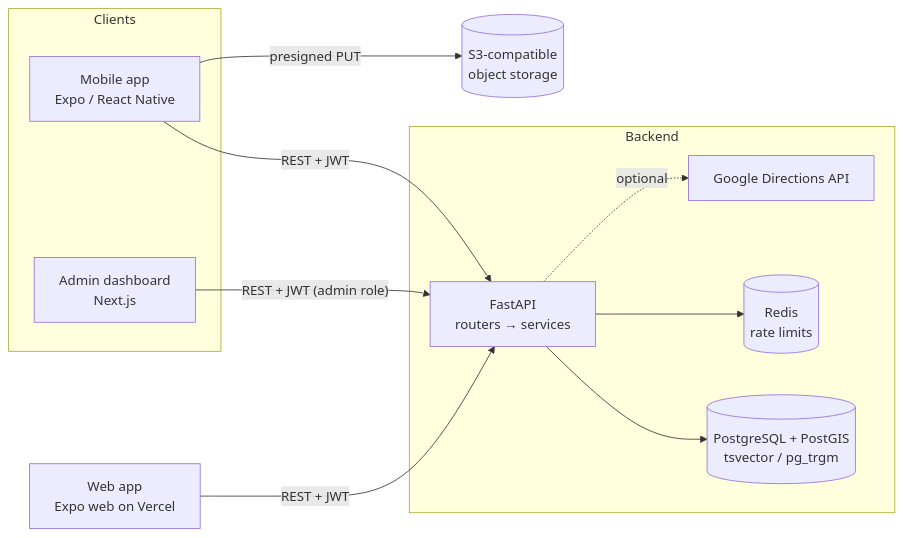
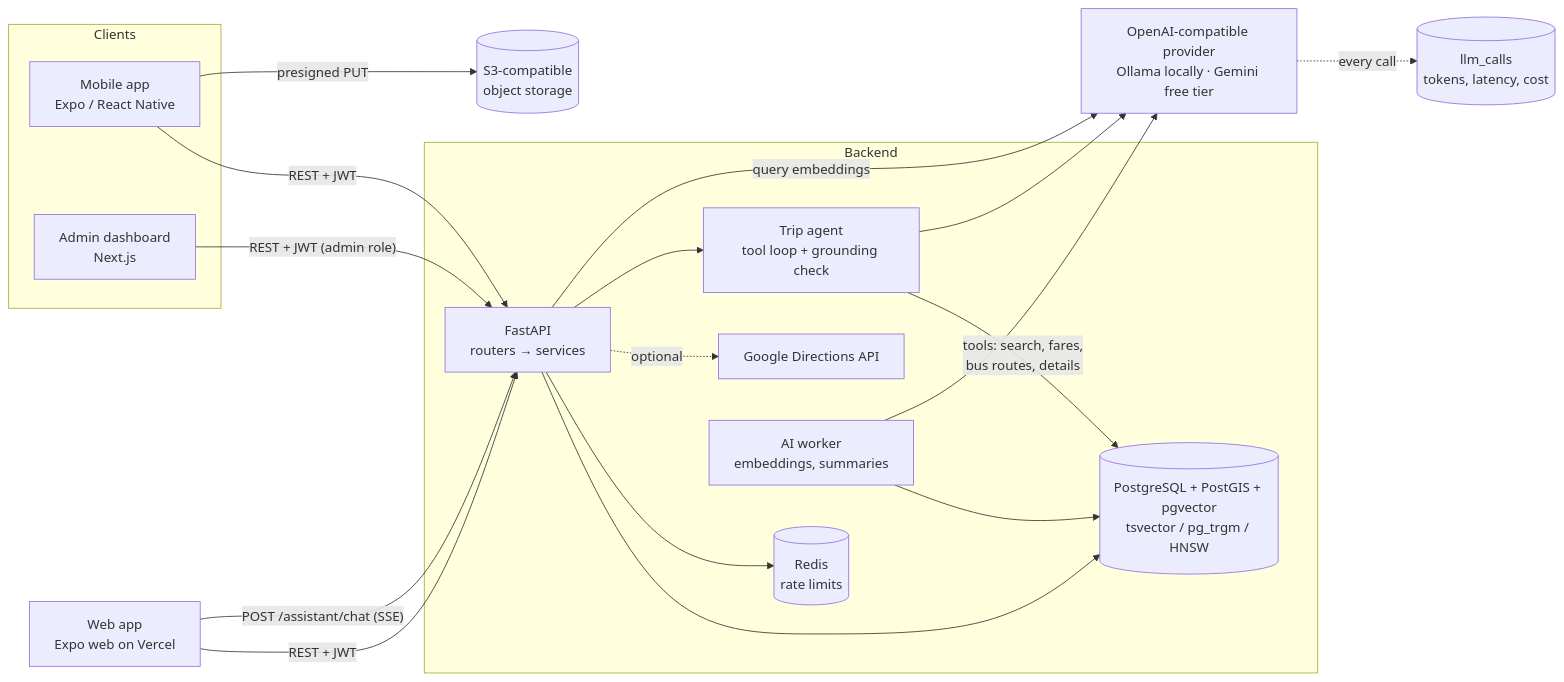
The diagram in README.md (MadLad10/Pinstagram), drawn with Mermaid before and after one commit. The commit also changed other lines of this file and 11 other files, not shown here.

First line of the commit message:
feat(ai): offline/real eval harness for hybrid search and the trip agent

````diff
--- a/README.md
+++ b/README.md
@@ -45,17 +57,26 @@
 ```mermaid
 flowchart LR
     subgraph Clients
         M[Mobile app<br/>Expo / React Native]
         A[Admin dashboard<br/>Next.js]
     end
     M -- REST + JWT --> API
     W[Web app<br/>Expo web on Vercel] -- REST + JWT --> API
     A -- REST + JWT (admin role) --> API
     M -- presigned PUT --> S3[(S3-compatible<br/>object storage)]
+    W -- "POST /assistant/chat (SSE)" --> API
     subgraph Backend
         API[FastAPI<br/>routers → services]
-        API --> PG[(PostgreSQL + PostGIS<br/>tsvector / pg_trgm)]
+        API --> PG[(PostgreSQL + PostGIS + pgvector<br/>tsvector / pg_trgm / HNSW)]
         API --> R[(Redis<br/>rate limits)]
         API -. optional .-> G[Google Directions API]
+        API --> AGENT[Trip agent<br/>tool loop + grounding check]
+        AGENT -- tools: search, fares,<br/>bus routes, details --> PG
+        WK[AI worker<br/>embeddings, summaries] --> PG
     end
+    AGENT --> LLM
+    WK --> LLM
+    API -- query embeddings --> LLM
+    LLM[OpenAI-compatible provider<br/>Ollama locally · Gemini free tier]
+    LLM -. every call .-> LOG[(llm_calls<br/>tokens, latency, cost)]
 ```
````
